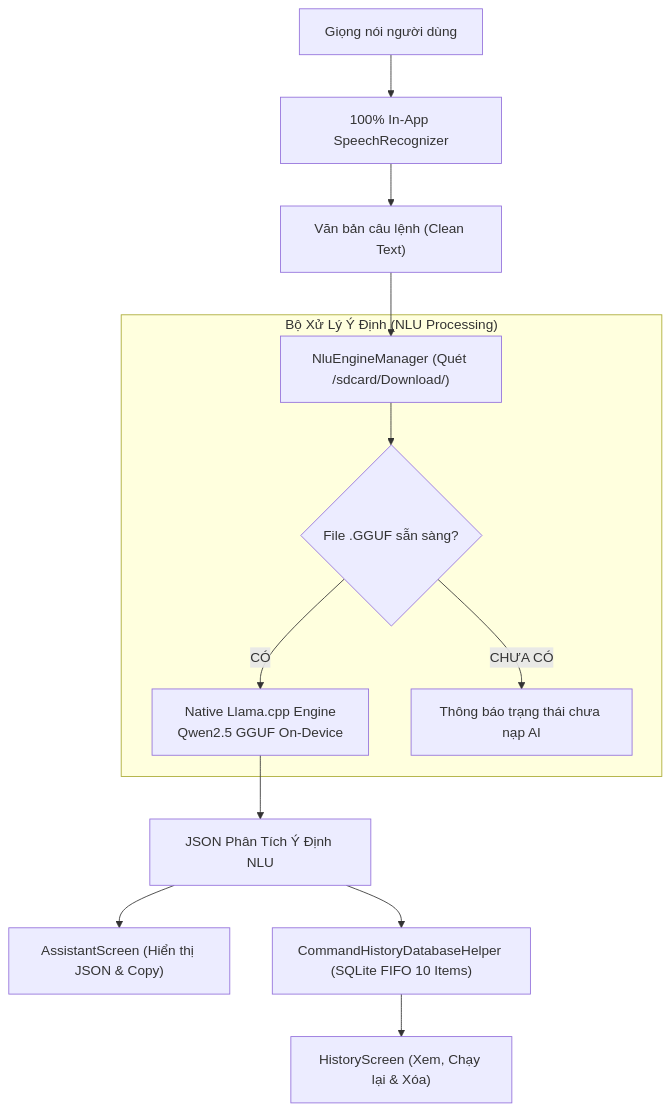
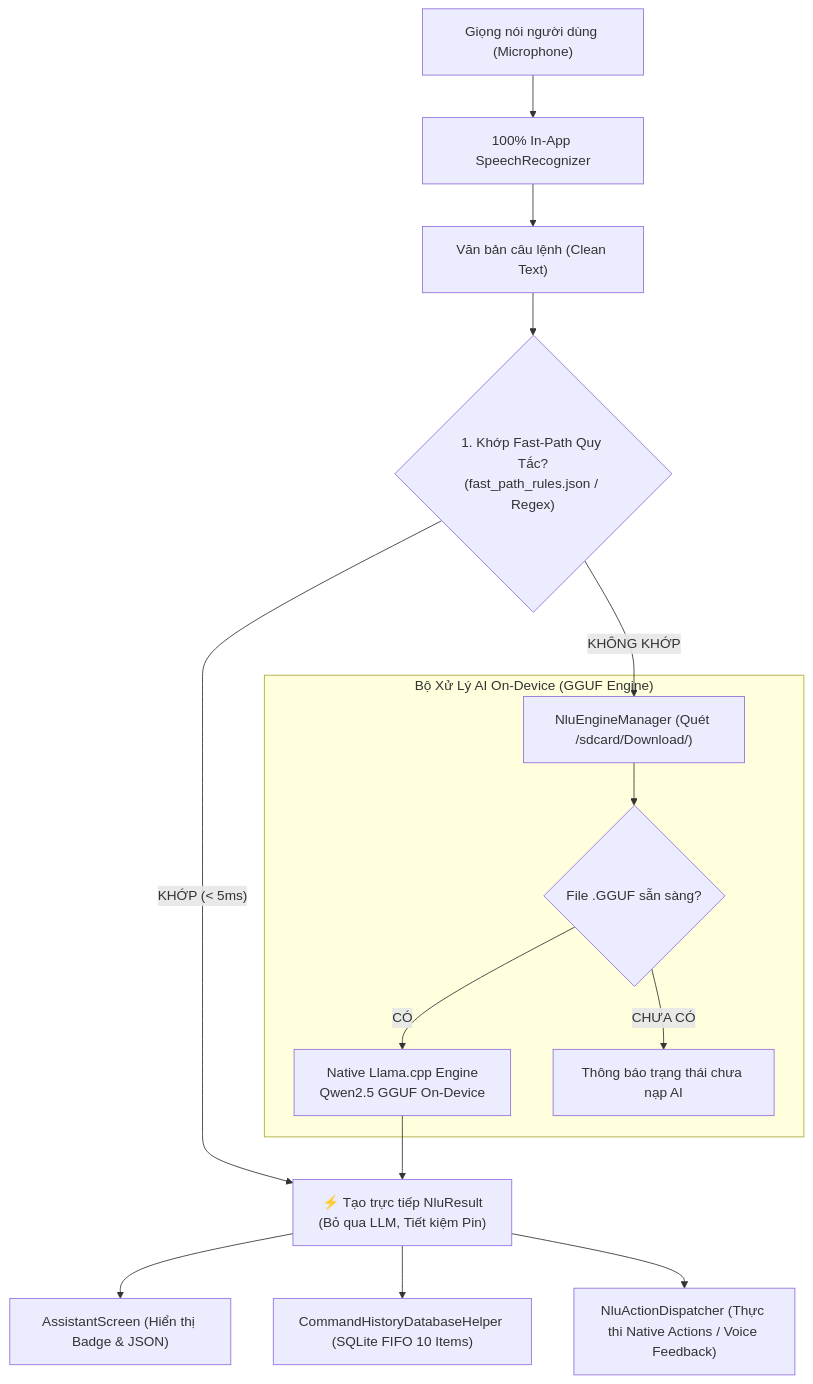
One commit to tuanhdevvn/ViDroidCall-Studio changed the diagram in README.md. Above: the diagram before and after it, drawn with Mermaid. The commit also changed other lines of this file, not shown here.

````diff
--- a/README.md
+++ b/README.md
@@ -68,17 +75,25 @@
 ```mermaid
 flowchart TD
-    A["Giọng nói người dùng"] --> B["100% In-App SpeechRecognizer"]
+    A["Giọng nói người dùng (Microphone)"] --> B["100% In-App SpeechRecognizer"]
     B --> C["Văn bản câu lệnh (Clean Text)"]
-    C --> D["NluEngineManager (Quét /sdcard/Download/)"]
+    C --> D{"1. Khớp Fast-Path Quy Tắc?<br/>(fast_path_rules.json / Regex)"}
     
-    subgraph AI_Engine ["Bộ Xử Lý Ý Định (NLU Processing)"]
-        D --> E{"File .GGUF sẵn sàng?"}
-        E -- "CÓ" --> F["Native Llama.cpp Engine<br/>Qwen2.5 GGUF On-Device"]
-        E -- "CHƯA CÓ" --> G["Thông báo trạng thái chưa nạp AI"]
+    %% Nhánh Fast-Path
+    D -- "KHỚP (< 5ms)" --> E["⚡ Tạo trực tiếp NluResult<br/>(Bỏ qua LLM, Tiết kiệm Pin)"]
+    
+    %% Nhánh AI LLM Engine
+    D -- "KHÔNG KHỚP" --> F["NluEngineManager (Quét /sdcard/Download/)"]
+    
+    subgraph AI_Engine ["Bộ Xử Lý AI On-Device (GGUF Engine)"]
+        F --> G{"File .GGUF sẵn sàng?"}
+        G -- "CÓ" --> H["Native Llama.cpp Engine<br/>Qwen2.5 GGUF On-Device"]
+        G -- "CHƯA CÓ" --> I["Thông báo trạng thái chưa nạp AI"]
     end
     
-    F --> H["JSON Phân Tích Ý Định NLU"]
-    H --> I["AssistantScreen (Hiển thị JSON & Copy)"]
-    H --> J["CommandHistoryDatabaseHelper (SQLite FIFO 10 Items)"]
-    J --> K["HistoryScreen (Xem, Chạy lại & Xóa)"]
+    H --> E
+    
+    %% Xuất kết quả & Phản hồi
+    E --> J["AssistantScreen (Hiển thị Badge & JSON)"]
+    E --> K["CommandHistoryDatabaseHelper (SQLite FIFO 10 Items)"]
+    E --> L["NluActionDispatcher (Thực thi Native Actions / Voice Feedback)"]
 ```
````
